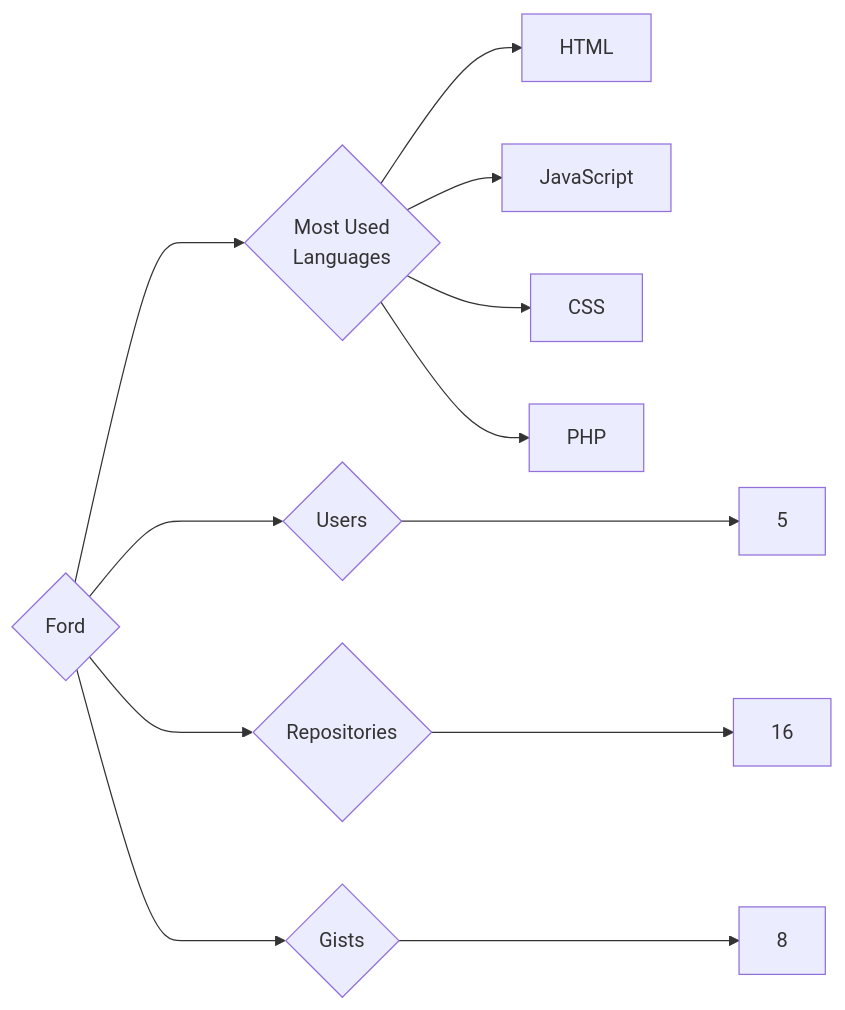
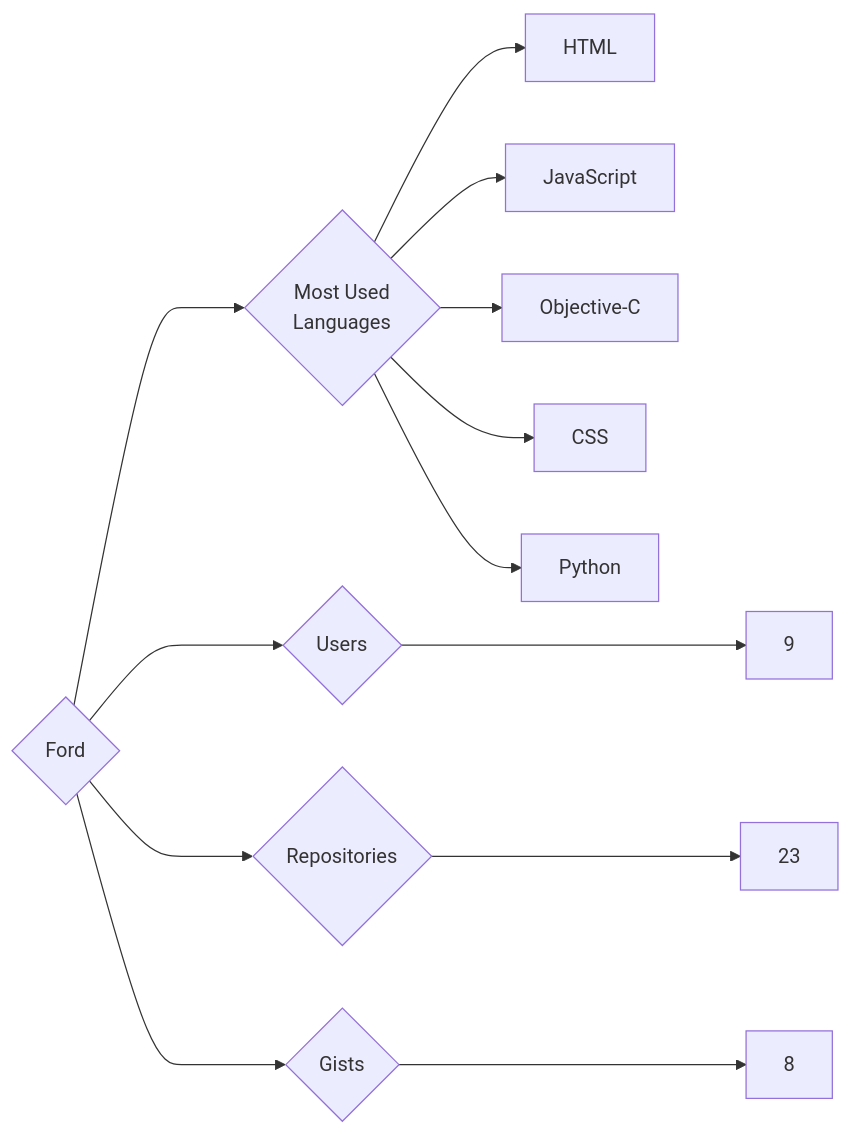
Before and after one commit to trickest/insiders: the diagram in targets/Ford/README.md, drawn with Mermaid. The commit also changed 1055 other files, not shown here.

````diff
--- a/targets/Ford/README.md
+++ b/targets/Ford/README.md
@@ -3,12 +3,13 @@
 ```mermaid
 graph LR
 COMPANY_NAME{Ford}
-COMPANY_NAME ---> U{Users} ---> UN[5]
-COMPANY_NAME ---> R{Repositories} ---> RN[16]
+COMPANY_NAME ---> U{Users} ---> UN[9]
+COMPANY_NAME ---> R{Repositories} ---> RN[23]
 COMPANY_NAME ---> G{Gists} ---> GN[8]
 COMPANY_NAME ---> ML{Most Used<br>Languages}
 ML --> HTML[HTML]
 ML --> JavaScript[JavaScript]
+ML --> Objective-C[Objective-C]
 ML --> CSS[CSS]
-ML --> PHP[PHP]
+ML --> Python[Python]
 ```
````
